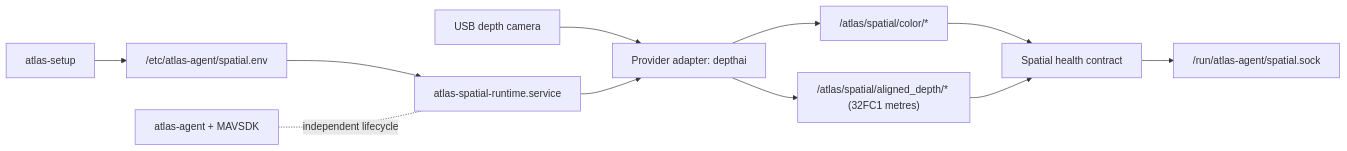
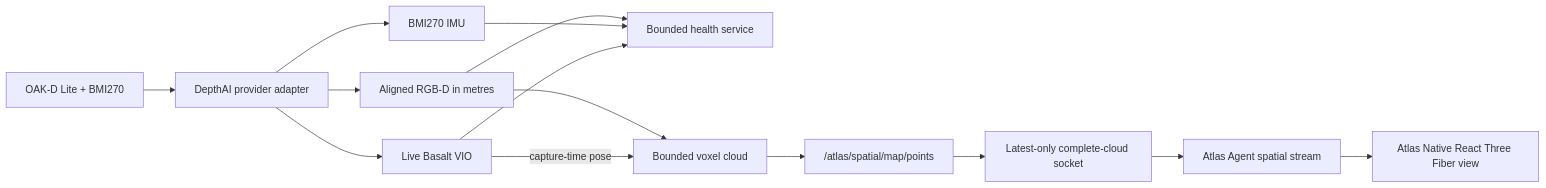
One commit to mofe64/atlas changed the diagram in docs/spatial-runtime.md. Above: the diagram before and after it, drawn with Mermaid. The commit also changed other lines of this file and 87 other files, not shown here.

````diff
--- a/docs/spatial-runtime.md
+++ b/docs/spatial-runtime.md
@@ -11,13 +9,16 @@
 ```mermaid
 flowchart LR
-    USB["USB depth camera"] --> Provider["Provider adapter: depthai"]
-    Provider --> RGB["/atlas/spatial/color/*"]
-    Provider --> Depth["/atlas/spatial/aligned_depth/* (32FC1 metres)"]
-    RGB --> Health["Spatial health contract"]
-    Depth --> Health
-    Health --> Socket["/run/atlas-agent/spatial.sock"]
-    Setup["atlas-setup"] --> Config["/etc/atlas-agent/spatial.env"]
-    Config --> Service["atlas-spatial-runtime.service"]
-    Service --> Provider
-    Agent["atlas-agent + MAVSDK"] -. "independent lifecycle" .- Service
+    OAK["OAK-D Lite + BMI270"] --> Provider["DepthAI provider adapter"]
+    Provider --> RGBD["Aligned RGB-D in metres"]
+    Provider --> IMU["BMI270 IMU"]
+    Provider --> VIO["Live Basalt VIO"]
+    RGBD --> Health["Bounded health service"]
+    IMU --> Health
+    VIO --> Health
+    RGBD --> Cloud["Bounded voxel cloud"]
+    VIO -->|"capture-time pose"| Cloud
+    Cloud --> PointCloud["/atlas/spatial/map/points"]
+    PointCloud --> Socket["Latest-only complete-cloud socket"]
+    Socket --> Agent["Atlas Agent spatial stream"]
+    Agent --> Native["Atlas Native React Three Fiber view"]
 ```
````
